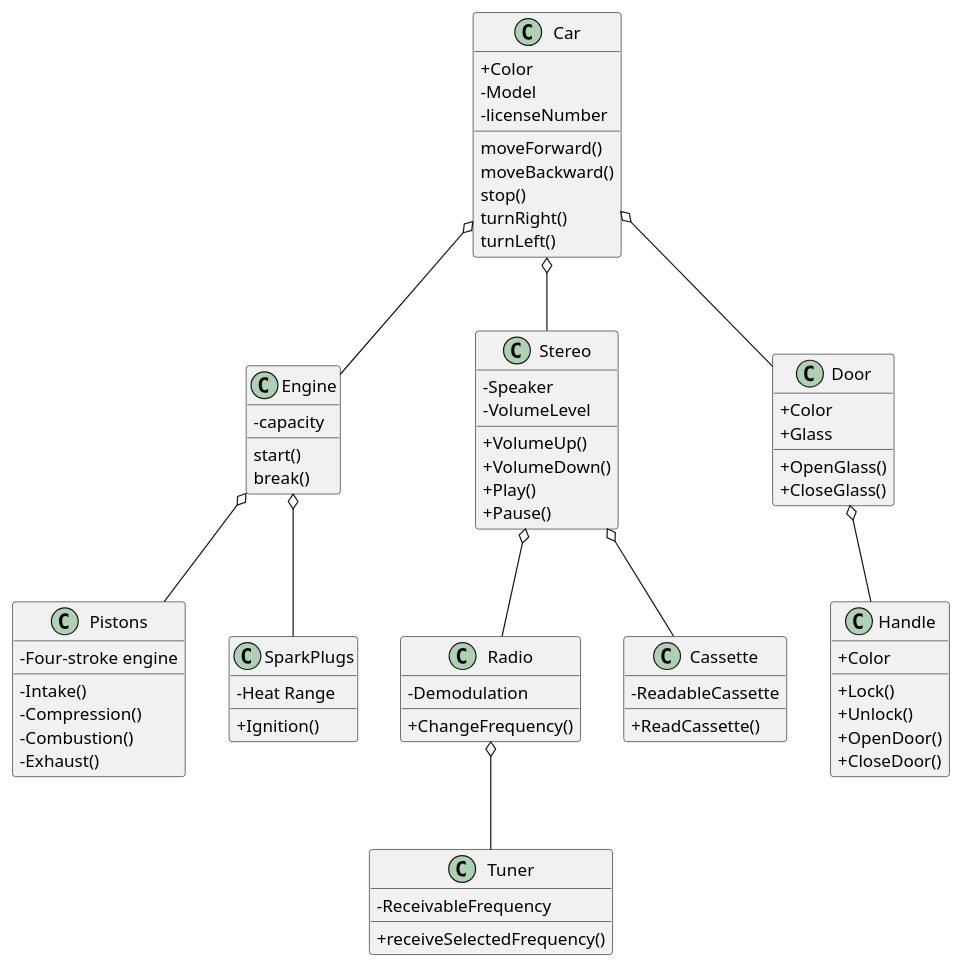
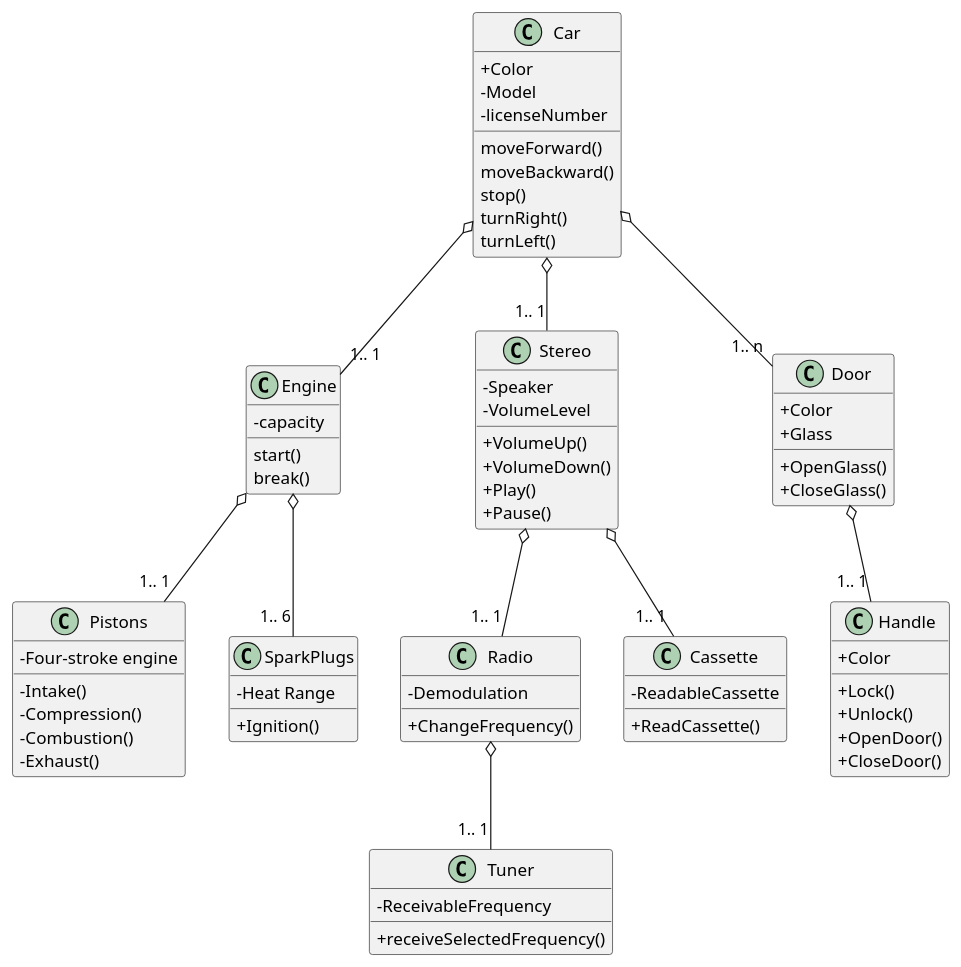
The diagram in Lab submits/60030037/car.puml (03376808-OOAD/OOAD-WEEK09), drawn with PlantUML before and after one commit. The commit also changed 1 other file, not shown here.

Commit message:
Added Cardinality of Car Diagram

```diff
--- a/Lab submits/60030037/car.puml
+++ b/Lab submits/60030037/car.puml
@@ -1,86 +1,86 @@
 @startuml car
 skinparam ClassAttributeIconSize 0
 class Car{
     + Color
     - Model
     - licenseNumber
     moveForward()
     moveBackward()
     stop()
     turnRight()
     turnLeft()
 }
 
 class Engine{
     - capacity
     start()
     break()
 }
 
 class Stereo{
     -Speaker
     -VolumeLevel
     +VolumeUp()
     +VolumeDown()
     +Play()
     +Pause()
 }
 
 class Door{
     + Color
     + Glass
     + OpenGlass()
     + CloseGlass()
 }
 
 class Pistons{
     - Four-stroke engine
     - Intake()
     - Compression()
     - Combustion()
     - Exhaust()
 }
 
 class SparkPlugs{
     - Heat Range
     + Ignition()
 }
 
 class Radio{
     - Demodulation
     + ChangeFrequency()
 }
 
 class Cassette{
     - ReadableCassette
     + ReadCassette()
 }
 
 class Handle{
     + Color
     + Lock()
     + Unlock()
     + OpenDoor()
     + CloseDoor()
 }
 
 class Tuner{
     - ReceivableFrequency
     + receiveSelectedFrequency()
 }
 
-Car o-- Engine
-Car o-- Stereo
-Car o-- Door
+Car o-- "1.. 1"Engine
+Car o-- "1.. 1"Stereo
+Car o-- "1.. n"Door
 
-Engine o-- Pistons
-Engine o-- SparkPlugs
+Engine o-- "1.. 1"Pistons
+Engine o-- "1.. 6"SparkPlugs
 
-Stereo o-- Radio
-Stereo o-- Cassette
+Stereo o-- "1.. 1"Radio
+Stereo o-- "1.. 1"Cassette
 
-Door o-- Handle
+Door o-- "1.. 1"Handle
 
-Radio o-- Tuner
+Radio o-- "1.. 1"Tuner
 
 @enduml
```
